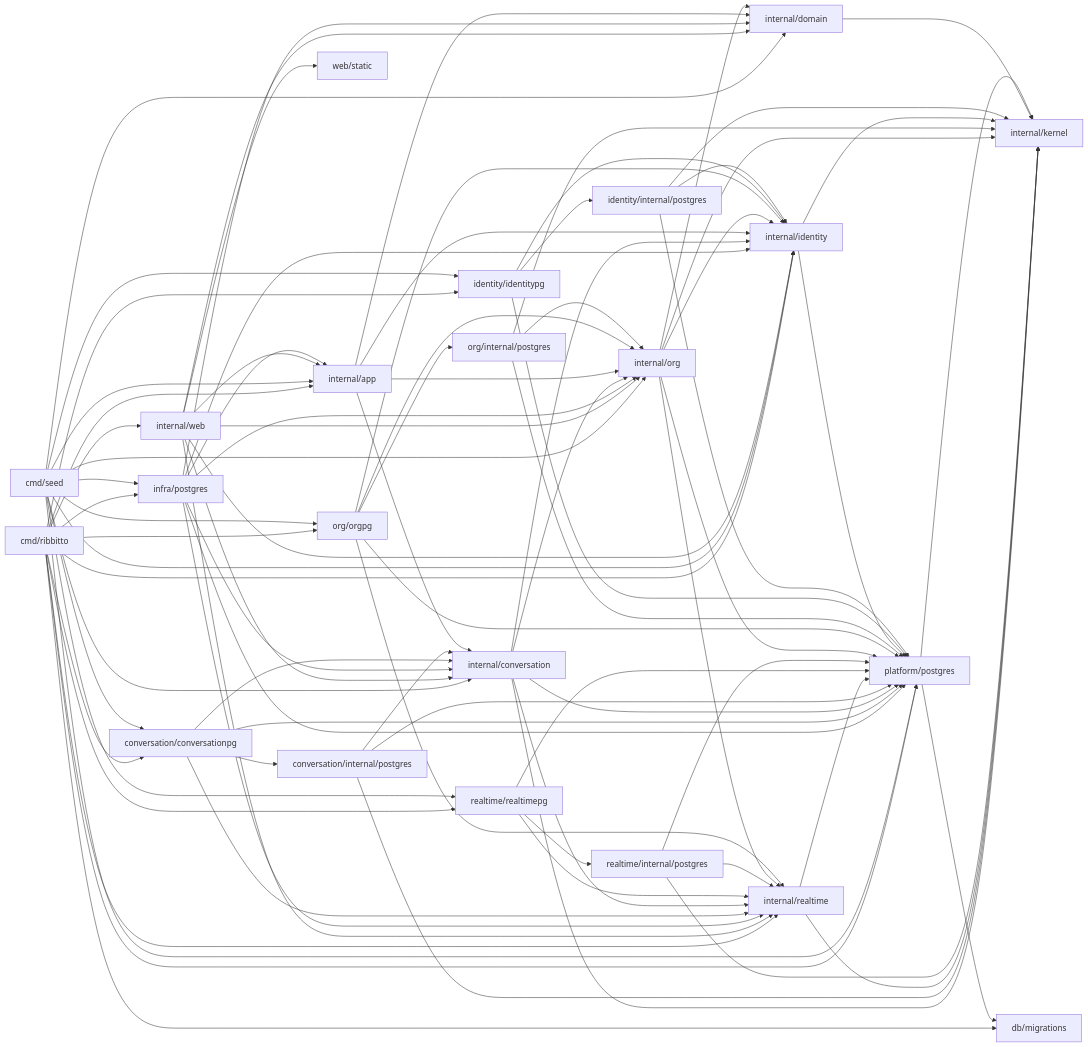
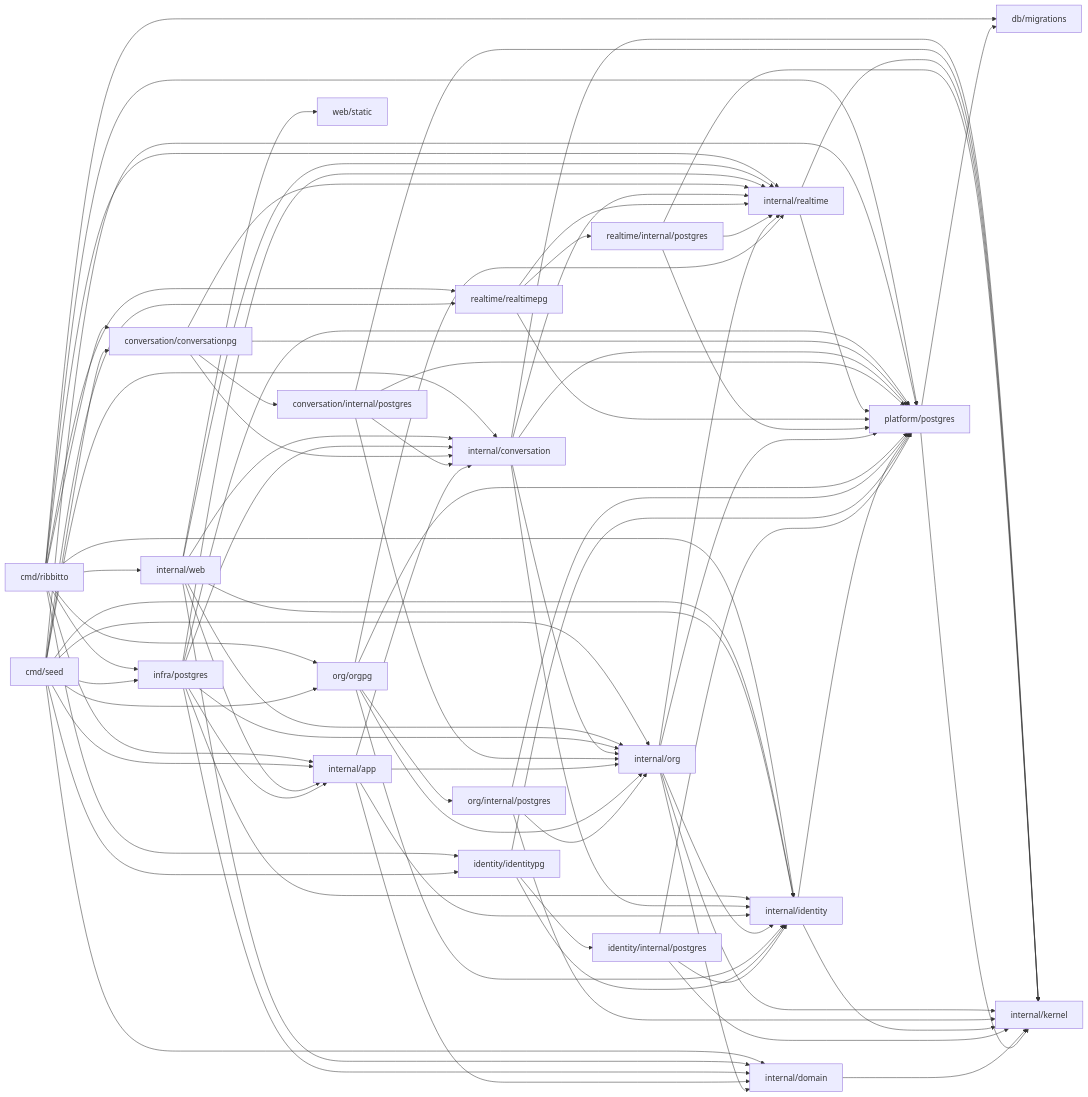
Before and after one commit to tkakkie/ribbitto: the diagram in docs/architecture/packages.md, drawn with Mermaid. The commit also changed other lines of this file and 16 other files, not shown here.

````diff
--- a/docs/architecture/packages.md
+++ b/docs/architecture/packages.md
@@ -68,22 +68,22 @@
 ```mermaid
 flowchart LR
   cmd[cmd/ribbitto] --> web & app & orgpg[org/orgpg] & conversationpg[conversation/conversationpg] & identity & identitypg[identity/identitypg] & realtimepg & postgres[infra/postgres] & realtime & platform[platform/postgres] & migrations[db/migrations]
   seed[cmd/seed] --> conversation & conversationpg & app & org & orgpg & identity & identitypg & realtimepg & postgres & platform & domain
   web[internal/web] --> app & org & conversation & identity & domain & realtime & static[web/static]
   postgres --> app & org & conversation & identity & domain & platform & realtime
   conversationpg --> conversation[internal/conversation] & cstore[conversation/internal/postgres] & realtime & platform
   conversation --> identity & org & realtime & kernel & platform
-  cstore --> conversation & platform & kernel
+  cstore --> conversation & org & platform & kernel
   realtime[internal/realtime] --> kernel & platform
   realtimepg[realtime/realtimepg] --> realtime & rstore[realtime/internal/postgres] & platform
   rstore --> realtime & platform & kernel
   app[internal/app] --> org & conversation & identity & domain[internal/domain]
   org[internal/org] --> identity & realtime & domain & kernel & platform
   orgpg --> org & ostore[org/internal/postgres] & platform & identity & realtime
   ostore --> org & platform & kernel
   identity[internal/identity] --> kernel & platform
   identitypg --> identity & store[identity/internal/postgres] & platform
   store --> identity & platform & kernel
   domain --> kernel[internal/kernel]
   platform --> kernel & migrations
 ```
````
